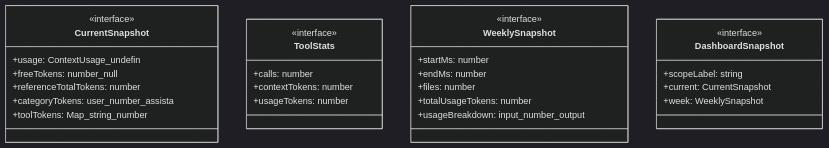
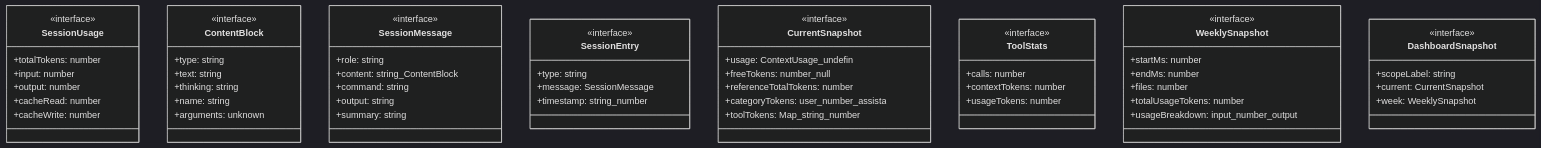
The first of 2 diagrams in ABDD/.pi/extensions/context-usage-dashboard.md (Mekann2904/mekann), drawn with Mermaid (dark theme) before and after one commit. The commit also changed other lines of this file and 205 other files, not shown here.

````diff
--- a/ABDD/.pi/extensions/context-usage-dashboard.md
+++ b/ABDD/.pi/extensions/context-usage-dashboard.md
@@ -36,31 +36,61 @@
 ```mermaid
 classDiagram
+  class SessionUsage {
+    <<interface>>
+    +totalTokens: number
+    +input: number
+    +output: number
+    +cacheRead: number
+    +cacheWrite: number
+  }
+  class ContentBlock {
+    <<interface>>
+    +type: string
+    +text: string
+    +thinking: string
+    +name: string
+    +arguments: unknown
+  }
+  class SessionMessage {
+    <<interface>>
+    +role: string
+    +content: string_ContentBlock
+    +command: string
+    +output: string
+    +summary: string
+  }
+  class SessionEntry {
+    <<interface>>
+    +type: string
+    +message: SessionMessage
+    +timestamp: string_number
+  }
   class CurrentSnapshot {
     <<interface>>
     +usage: ContextUsage_undefin
     +freeTokens: number_null
     +referenceTotalTokens: number
     +categoryTokens: user_number_assista
     +toolTokens: Map_string_number
   }
   class ToolStats {
     <<interface>>
     +calls: number
     +contextTokens: number
     +usageTokens: number
   }
   class WeeklySnapshot {
     <<interface>>
     +startMs: number
     +endMs: number
     +files: number
     +totalUsageTokens: number
     +usageBreakdown: input_number_output
   }
   class DashboardSnapshot {
     <<interface>>
     +scopeLabel: string
     +current: CurrentSnapshot
     +week: WeeklySnapshot
   }
 ```
````
